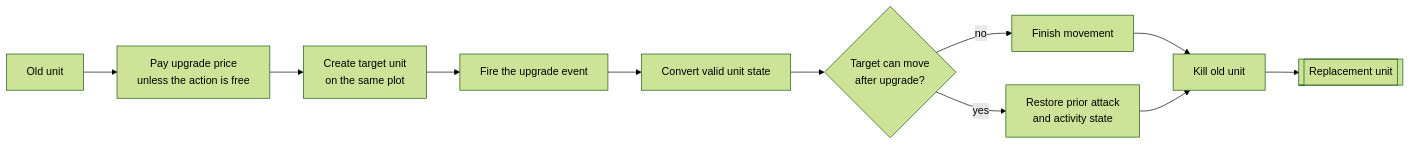
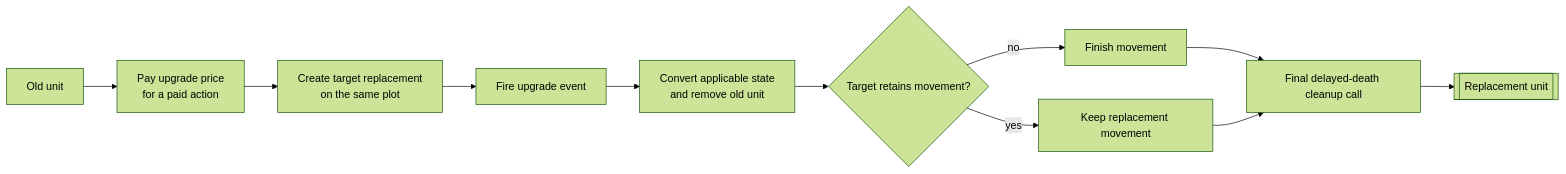
The second of 2 diagrams in docs/developers/civ5-dll/unit-ai/upgrade.md (vox-deorum/vox-deorum), drawn with Mermaid (forest theme) before and after one commit. The commit also changed other lines of this file and 12 other files, not shown here.

````diff
--- a/docs/developers/civ5-dll/unit-ai/upgrade.md
+++ b/docs/developers/civ5-dll/unit-ai/upgrade.md
@@ -77,24 +58,13 @@
 ```mermaid
 flowchart LR
-    O[Old unit]
-    P[Pay upgrade price<br/>unless the action is free]
-    N[Create target unit<br/>on the same plot]
-    E[Fire the upgrade event]
-    C[Convert valid unit state]
-    M{Target can move<br/>after upgrade?}
-    F[Finish movement]
-    S[Restore prior attack<br/>and activity state]
-    K[Kill old unit]
-    R[[Replacement unit]]
-
-    O --> P
-    P --> N
-    N --> E
-    E --> C
-    C --> M
-    M -->|no| F
-    M -->|yes| S
-    F --> K
-    S --> K
-    K --> R
+    O[Old unit] --> P[Pay upgrade price<br/>for a paid action]
+    P --> N[Create target replacement<br/>on the same plot]
+    N --> E[Fire upgrade event]
+    E --> C[Convert applicable state<br/>and remove old unit]
+    C --> M{Target retains movement?}
+    M -->|no| F[Finish movement]
+    M -->|yes| A[Keep replacement movement]
+    F --> K[Final delayed-death cleanup call]
+    A --> K
+    K --> R[[Replacement unit]]
 ```
````
